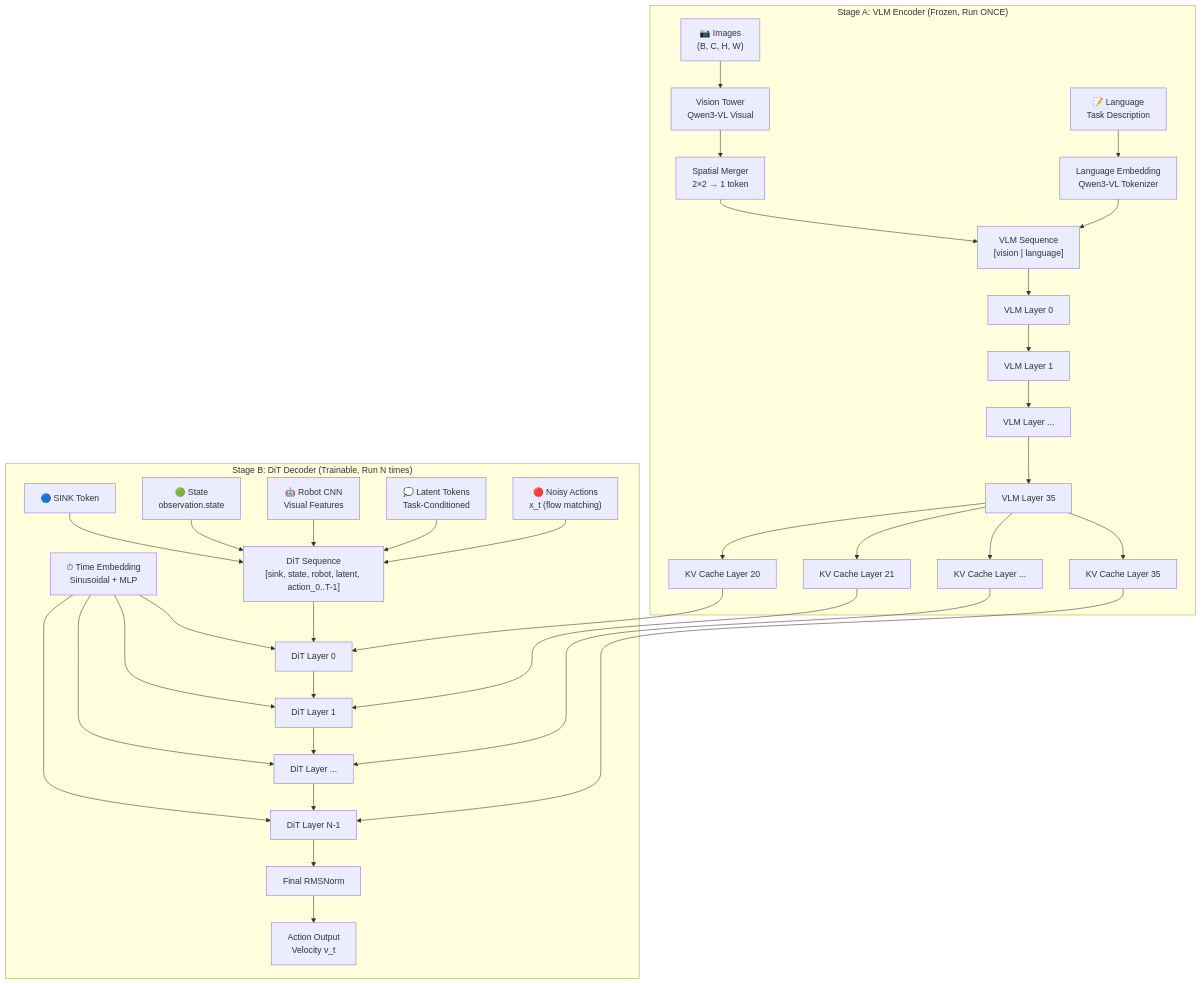
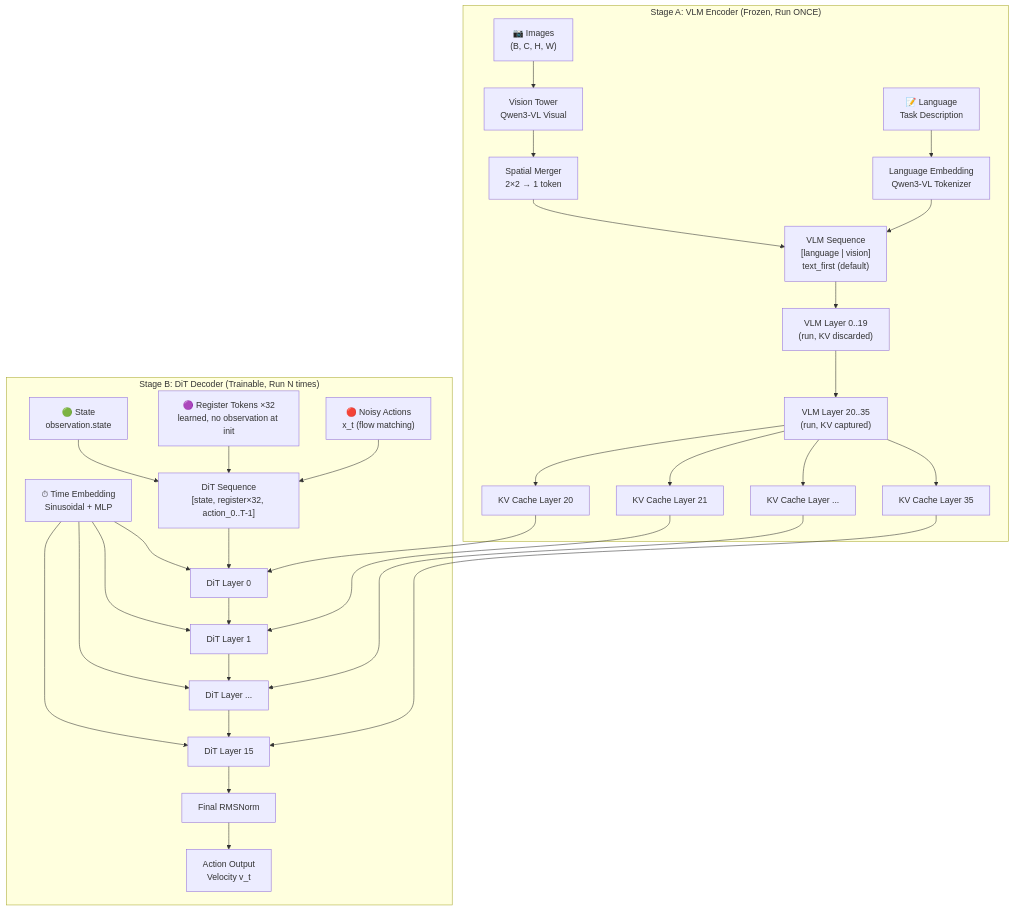
The diagram in src/models/wiltechs_vla/ARCHITECTURE.md (mayuanyang/lerobot-piper), drawn with Mermaid before and after one commit. The commit also changed other lines of this file, not shown here.

First line of the commit message:
docs(wiltechs_vla): update ARCHITECTURE.md for the register-token DiT

````diff
--- a/src/models/wiltechs_vla/ARCHITECTURE.md
+++ b/src/models/wiltechs_vla/ARCHITECTURE.md
@@ -11,64 +11,58 @@
 ```mermaid
 graph TB
     subgraph "Stage A: VLM Encoder (Frozen, Run ONCE)"
         Images["📷 Images<br/>(B, C, H, W)"]
         Language["📝 Language<br/>Task Description"]
         
         VisionTower["Vision Tower<br/>Qwen3-VL Visual"]
         SpatialMerger["Spatial Merger<br/>2×2 → 1 token"]
         LangEmbed["Language Embedding<br/>Qwen3-VL Tokenizer"]
         
-        VLMSeq["VLM Sequence<br/>[vision | language]"]
+        VLMSeq["VLM Sequence<br/>[language | vision]<br/>text_first (default)"]
         
-        VLM1["VLM Layer 0"]
-        VLM2["VLM Layer 1"]
-        VLM3["VLM Layer ..."]
-        VLMN["VLM Layer 35"]
-        
+        VLM1["VLM Layer 0..19<br/>(run, KV discarded)"]
+        VLMN["VLM Layer 20..35<br/>(run, KV captured)"]
+
         KV0["KV Cache Layer 20"]
         KV1["KV Cache Layer 21"]
         KV2["KV Cache Layer ..."]
         KV3["KV Cache Layer 35"]
     end
     
     subgraph "Stage B: DiT Decoder (Trainable, Run N times)"
-        Sink["🔵 SINK Token"]
         State["🟢 State<br/>observation.state"]
-        RobotCNN["🤖 Robot CNN<br/>Visual Features"]
-        Latent["💭 Latent Tokens<br/>Task-Conditioned"]
+        Register["🟣 Register Tokens ×32<br/>learned, no observation at init"]
         Action["🔴 Noisy Actions<br/>x_t (flow matching)"]
-        
-        DiTSeq["DiT Sequence<br/>[sink, state, robot, latent, action_0..T-1]"]
+
+        DiTSeq["DiT Sequence<br/>[state, register×32, action_0..T-1]"]
         
         Time["⏱ Time Embedding<br/>Sinusoidal + MLP"]
         
         DiT1["DiT Layer 0"]
         DiT2["DiT Layer 1"]
         DiT3["DiT Layer ..."]
-        DiTN["DiT Layer N-1"]
+        DiTN["DiT Layer 15"]
         
         FinalNorm["Final RMSNorm"]
         ActionOut["Action Output<br/>Velocity v_t"]
     end
     
     Images --> VisionTower --> SpatialMerger --> VLMSeq
     Language --> LangEmbed --> VLMSeq
     
-    VLMSeq --> VLM1 --> VLM2 --> VLM3 --> VLMN
+    VLMSeq --> VLM1 --> VLMN
     VLMN --> KV0 & KV1 & KV2 & KV3
-    
-    Sink --> DiTSeq
+
     State --> DiTSeq
-    RobotCNN --> DiTSeq
-    Latent --> DiTSeq
+    Register --> DiTSeq
     Action --> DiTSeq
     
     Time --> DiT1 & DiT2 & DiT3 & DiTN
     DiTSeq --> DiT1 --> DiT2 --> DiT3 --> DiTN
     KV0 --> DiT1
     KV1 --> DiT2
     KV2 --> DiT3
     KV3 --> DiTN
     
     DiTN --> FinalNorm --> ActionOut
 ```
````
